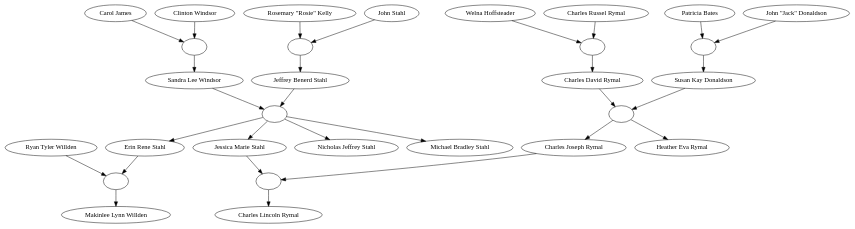
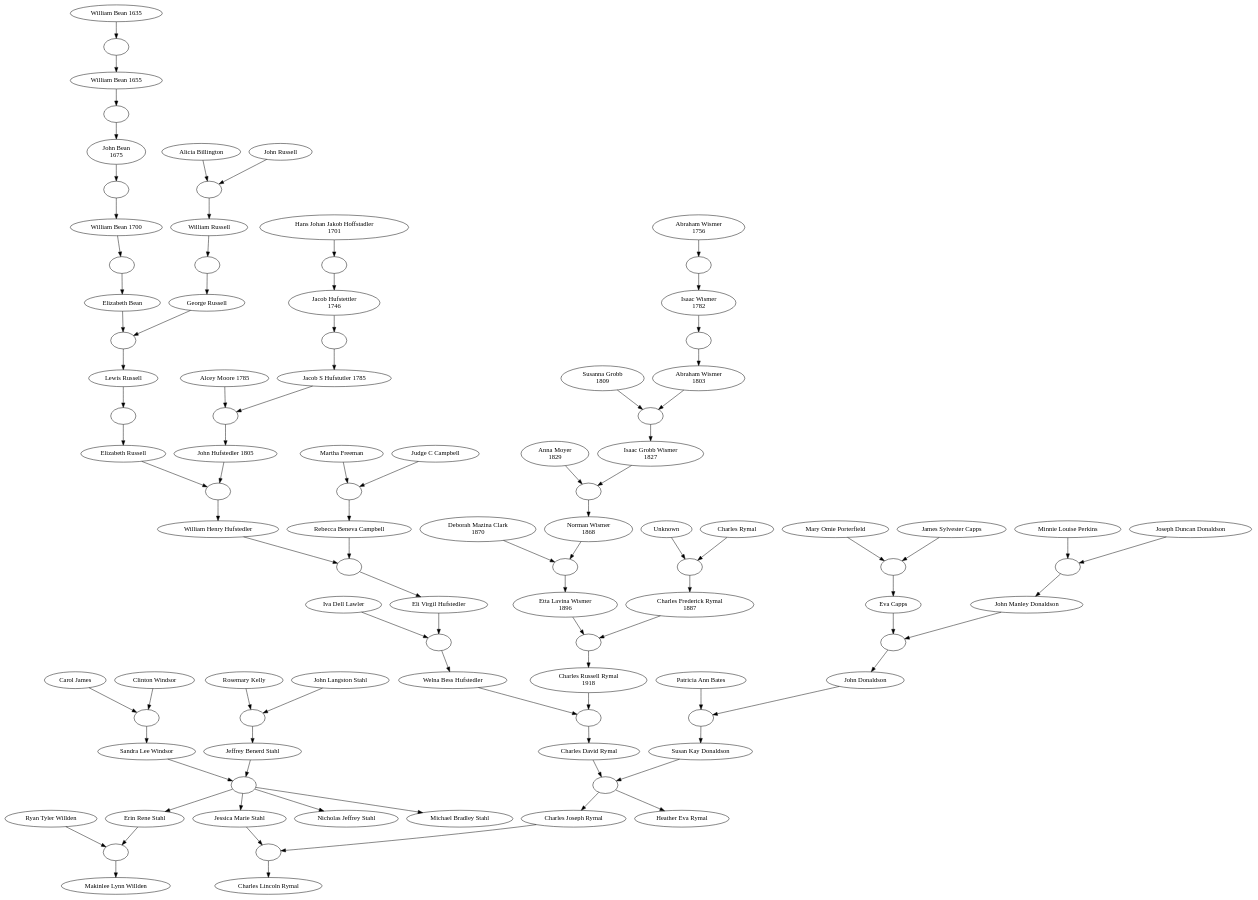
One commit to chuck1/site_gene changed the diagram in site_gene/static/gene/graph.gv. Above: the diagram before and after it, drawn with Graphviz. The commit also changed 7 other files, not shown here.

```diff
--- a/site_gene/static/gene/graph.gv
+++ b/site_gene/static/gene/graph.gv
@@ -34,13 +34,26 @@
 		person_8 -> pp_8_21
 		person_21 -> pp_8_21
 		pp_8_21 -> person_7
-	person_8 [label="Rosemary \"Rosie\" Kelly"]
-	person_9 [label="Charles Russel Rymal"]
-	person_10 [label="Welna Hoffsteader"]
+	person_8 [label="Rosemary Kelly"]
+	person_9 [label="Charles Russell Rymal
+1918"]
+	pp_55_27 [label=""]
+		person_55 -> pp_55_27
+		person_27 -> pp_55_27
+		pp_55_27 -> person_9
+	person_10 [label="Welna Bess Hufstedler"]
+	pp_23_22 [label=""]
+		person_23 -> pp_23_22
+		person_22 -> pp_23_22
+		pp_23_22 -> person_10
 	person_11 [label="Clinton Windsor"]
 	person_12 [label="Carol James"]
-	person_13 [label="Patricia Bates"]
-	person_14 [label="John \"Jack\" Donaldson"]
+	person_13 [label="Patricia Ann Bates"]
+	person_14 [label="John Donaldson"]
+	pp_30_29 [label=""]
+		person_30 -> pp_30_29
+		person_29 -> pp_30_29
+		pp_30_29 -> person_14
 	person_15 [label="Heather Eva Rymal"]
 		pp_1_2 -> person_15
 	person_16 [label="Erin Rene Stahl"]
@@ -55,5 +68,136 @@
 		person_16 -> pp_16_19
 		person_19 -> pp_16_19
 		pp_16_19 -> person_20
-	person_21 [label="John Stahl"]
+	person_21 [label="John Langston Stahl"]
+	person_22 [label="Eli Virgil Hufstedler"]
+	pp_24_35 [label=""]
+		person_24 -> pp_24_35
+		person_35 -> pp_24_35
+		pp_24_35 -> person_22
+	person_23 [label="Iva Dell Lawler"]
+	person_24 [label="William Henry Hufstedler"]
+	pp_36_25 [label=""]
+		person_36 -> pp_36_25
+		person_25 -> pp_36_25
+		pp_36_25 -> person_24
+	person_25 [label="John Hufstedler 1805"]
+	pp_54_26 [label=""]
+		person_54 -> pp_54_26
+		person_26 -> pp_54_26
+		pp_54_26 -> person_25
+	person_26 [label="Jacob S Hufstutler 1785"]
+	pp_None_47 [label=""]
+		person_47 -> pp_None_47
+		pp_None_47 -> person_26
+	person_27 [label="Charles Frederick Rymal
+1887"]
+	pp_49_28 [label=""]
+		person_49 -> pp_49_28
+		person_28 -> pp_49_28
+		pp_49_28 -> person_27
+	person_28 [label="Charles Rymal"]
+	person_29 [label="John Manley Donaldson"]
+	pp_31_32 [label=""]
+		person_31 -> pp_31_32
+		person_32 -> pp_31_32
+		pp_31_32 -> person_29
+	person_30 [label="Eva Capps"]
+	pp_34_33 [label=""]
+		person_34 -> pp_34_33
+		person_33 -> pp_34_33
+		pp_34_33 -> person_30
+	person_31 [label="Minnie Louise Perkins"]
+	person_32 [label="Joseph Duncan Donaldson"]
+	person_33 [label="James Sylvester Capps"]
+	person_34 [label="Mary Omie Porterfield"]
+	person_35 [label="Rebecca Beneva Campbell"]
+	pp_53_52 [label=""]
+		person_53 -> pp_53_52
+		person_52 -> pp_53_52
+		pp_53_52 -> person_35
+	person_36 [label="Elizabeth Russell"]
+	pp_None_37 [label=""]
+		person_37 -> pp_None_37
+		pp_None_37 -> person_36
+	person_37 [label="Lewis Russell"]
+	pp_42_38 [label=""]
+		person_42 -> pp_42_38
+		person_38 -> pp_42_38
+		pp_42_38 -> person_37
+	person_38 [label="George Russell"]
+	pp_None_39 [label=""]
+		person_39 -> pp_None_39
+		pp_None_39 -> person_38
+	person_39 [label="William Russell"]
+	pp_41_40 [label=""]
+		person_41 -> pp_41_40
+		person_40 -> pp_41_40
+		pp_41_40 -> person_39
+	person_40 [label="John Russell"]
+	person_41 [label="Alicia Billington"]
+	person_42 [label="Elizabeth Bean"]
+	pp_None_43 [label=""]
+		person_43 -> pp_None_43
+		pp_None_43 -> person_42
+	person_43 [label="William Bean 1700"]
+	pp_None_44 [label=""]
+		person_44 -> pp_None_44
+		pp_None_44 -> person_43
+	person_44 [label="John Bean
+1675"]
+	pp_None_45 [label=""]
+		person_45 -> pp_None_45
+		pp_None_45 -> person_44
+	person_45 [label="William Bean 1655"]
+	pp_None_46 [label=""]
+		person_46 -> pp_None_46
+		pp_None_46 -> person_45
+	person_46 [label="William Bean 1635"]
+	person_47 [label="Jacob Hufstettler
+1746"]
+	pp_None_48 [label=""]
+		person_48 -> pp_None_48
+		pp_None_48 -> person_47
+	person_48 [label="Hans Johan Jakob Hoffstadler
+1701"]
+	person_49 [label=Unknown]
+	person_52 [label="Judge C Campbell"]
+	person_53 [label="Martha Freeman"]
+	person_54 [label="Alcey Moore 1785"]
+	person_55 [label="Etta Lavina Wismer
+1896"]
+	pp_57_56 [label=""]
+		person_57 -> pp_57_56
+		person_56 -> pp_57_56
+		pp_57_56 -> person_55
+	person_56 [label="Norman Wismer
+1868"]
+	pp_59_58 [label=""]
+		person_59 -> pp_59_58
+		person_58 -> pp_59_58
+		pp_59_58 -> person_56
+	person_57 [label="Deborah Mazina Clark
+1870"]
+	person_58 [label="Isaac Grobb Wismer
+1827"]
+	pp_61_60 [label=""]
+		person_61 -> pp_61_60
+		person_60 -> pp_61_60
+		pp_61_60 -> person_58
+	person_59 [label="Anna Moyer
+1829"]
+	person_60 [label="Abraham Wismer
+1803"]
+	pp_None_62 [label=""]
+		person_62 -> pp_None_62
+		pp_None_62 -> person_60
+	person_61 [label="Susanna Grobb
+1809"]
+	person_62 [label="Isaac Wismer
+1782"]
+	pp_None_63 [label=""]
+		person_63 -> pp_None_63
+		pp_None_63 -> person_62
+	person_63 [label="Abraham Wismer
+1756"]
 }
```
